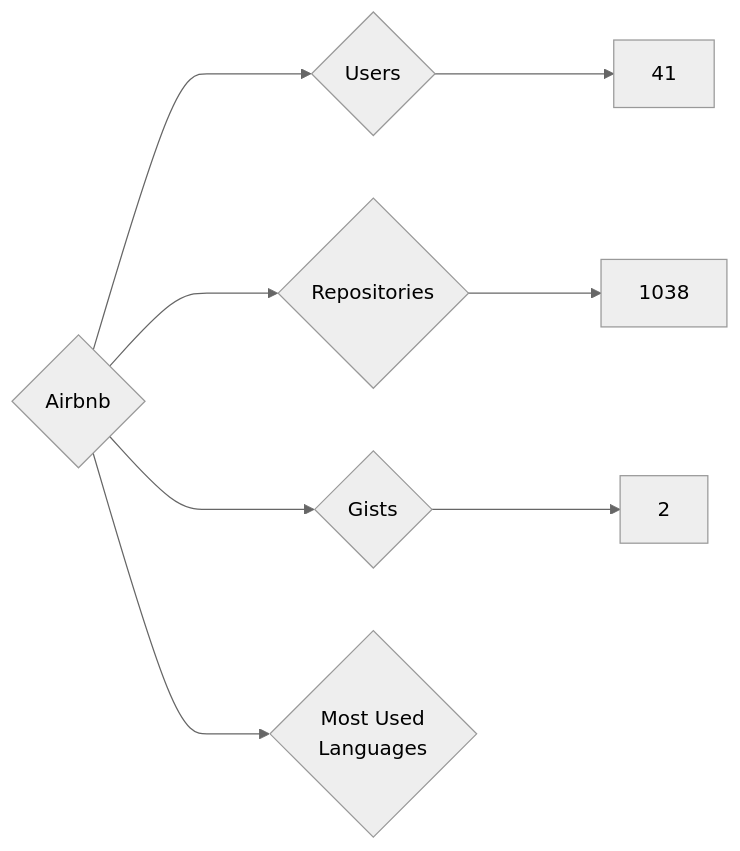
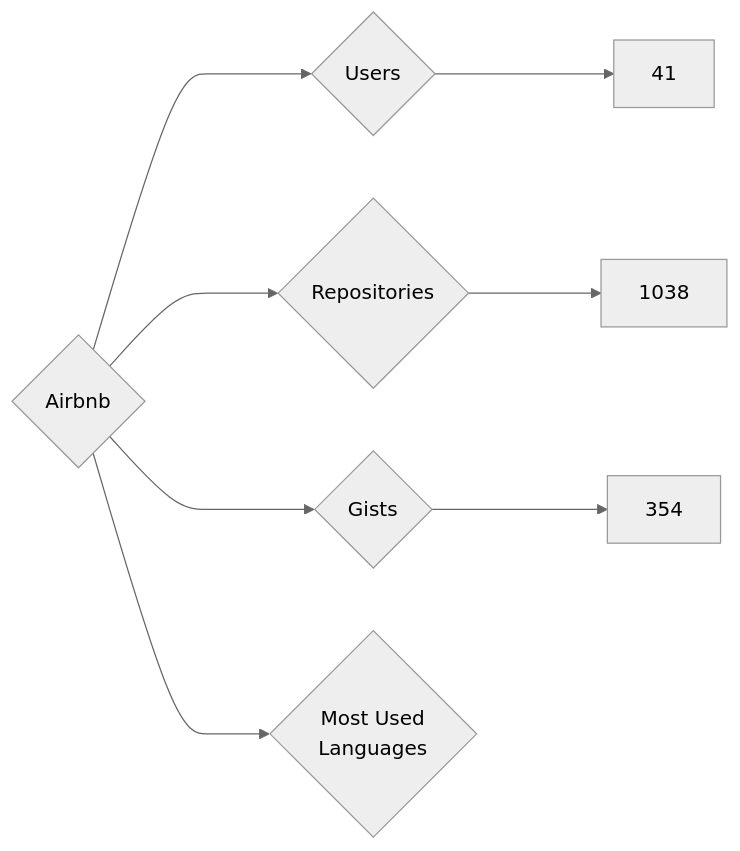
One commit to nenadzaric/insiders changed the diagram in targets/Airbnb/README.md. Above: the diagram before and after it, drawn with Mermaid (neutral theme). The commit also changed 1342 other files, not shown here.

````diff
--- a/targets/Airbnb/README.md
+++ b/targets/Airbnb/README.md
@@ -3,8 +3,8 @@
 ```mermaid
 graph LR
 COMPANY_NAME{Airbnb}
 COMPANY_NAME ---> U{Users} ---> UN[41]
 COMPANY_NAME ---> R{Repositories} ---> RN[1038]
-COMPANY_NAME ---> G{Gists} ---> GN[2]
+COMPANY_NAME ---> G{Gists} ---> GN[354]
 COMPANY_NAME ---> ML{Most Used<br>Languages}
 ```
````
